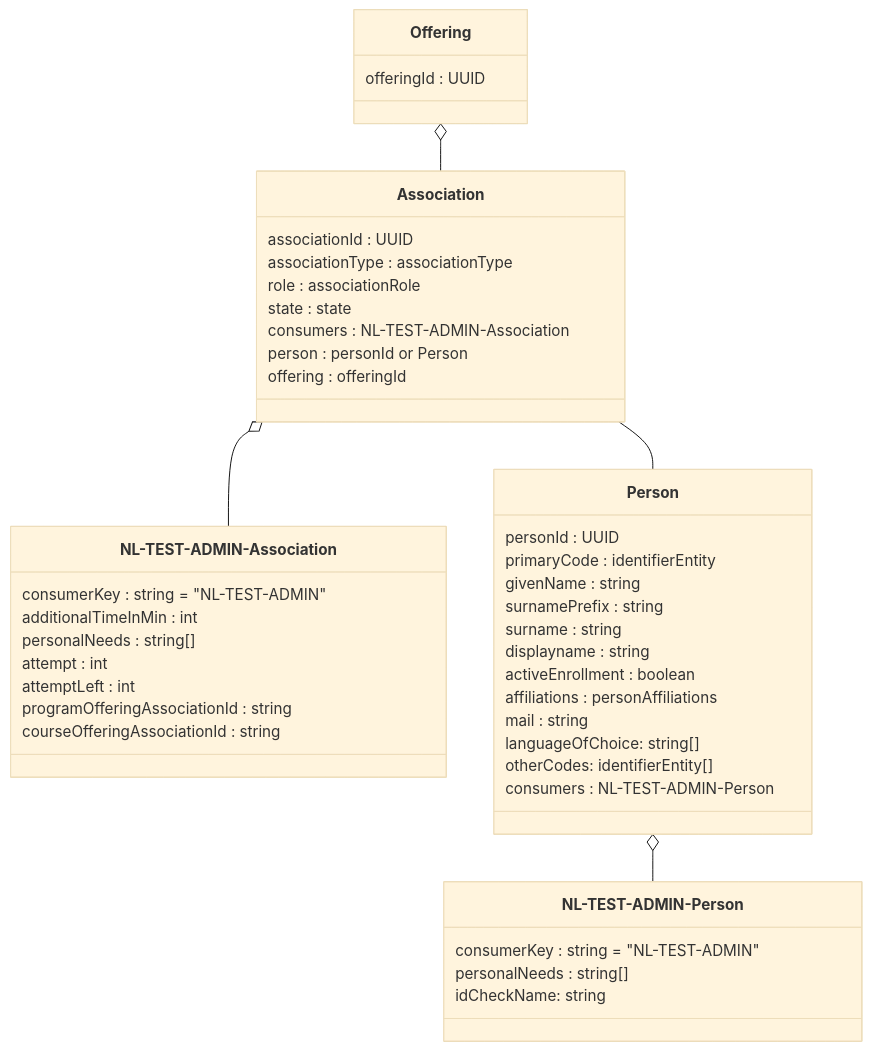
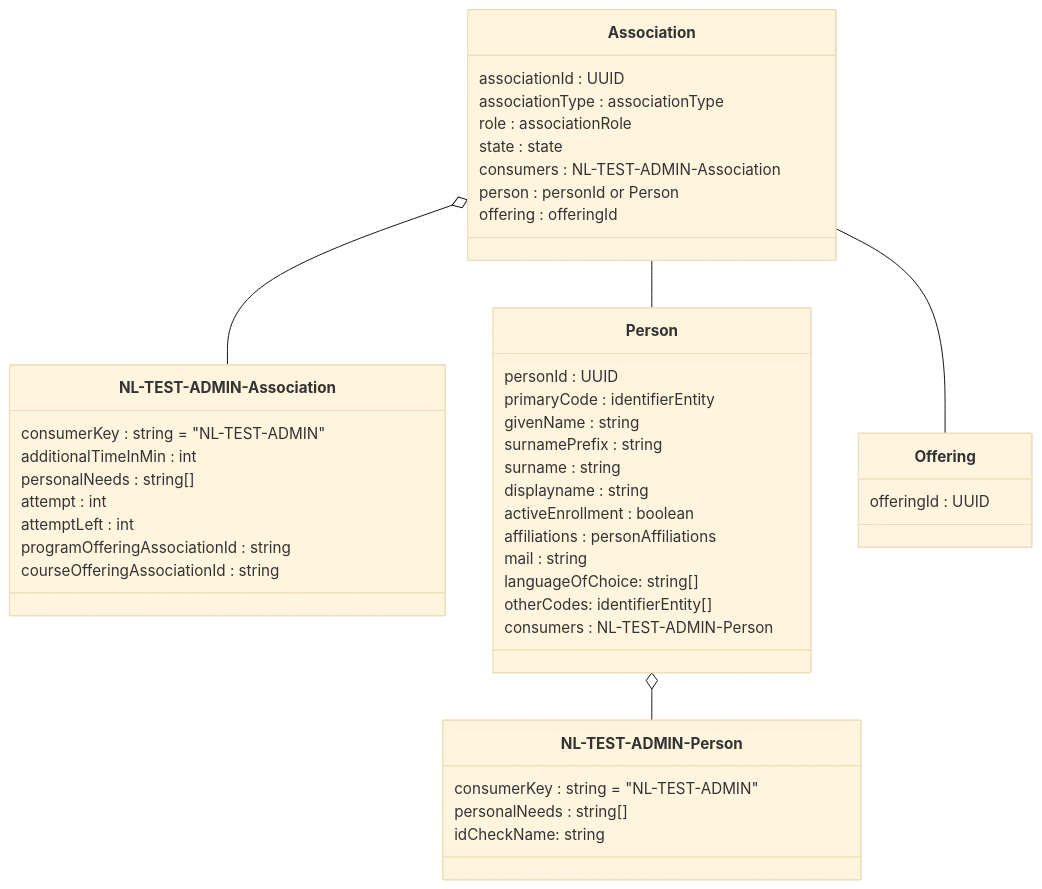
Before and after one commit to NetwerkExamineringDigitalisering/NED-OOAPI: the fourth of 14 diagrams in doc/flow1.md, drawn with Mermaid (base theme). The commit also changed other lines of this file, not shown here.

````diff
--- a/doc/flow1.md
+++ b/doc/flow1.md
@@ -132,48 +132,48 @@
 ```mermaid
 classDiagram
     class Association {
     	associationId : UUID
         associationType : associationType
         role : associationRole
         state : state
         consumers : NL-TEST-ADMIN-Association
         person : personId or Person
         offering : offeringId
     }
     class `NL-TEST-ADMIN-Association` {
     	consumerKey : string = "NL-TEST-ADMIN"
 	    additionalTimeInMin : int
 	    personalNeeds : string[]
         attempt : int
         attemptLeft : int
 	    programOfferingAssociationId : string
 	    courseOfferingAssociationId : string
     }
     class Person {
         personId : UUID
         primaryCode : identifierEntity
         givenName : string
         surnamePrefix : string 
         surname : string
         displayname : string
         activeEnrollment : boolean 
         affiliations : personAffiliations
         mail : string
         languageOfChoice: string[]
 		otherCodes: identifierEntity[]
     	consumers : NL-TEST-ADMIN-Person
     }
     class `NL-TEST-ADMIN-Person` {
     	consumerKey : string = "NL-TEST-ADMIN"
 	    personalNeeds : string[]
         idCheckName: string
     }
     class Offering {
        offeringId : UUID
     }
-    Offering  o-- Association
+    Association -- Offering 
     Association o-- `NL-TEST-ADMIN-Association`
     Association -- Person
     Person o-- `NL-TEST-ADMIN-Person`
 
 ```
````
